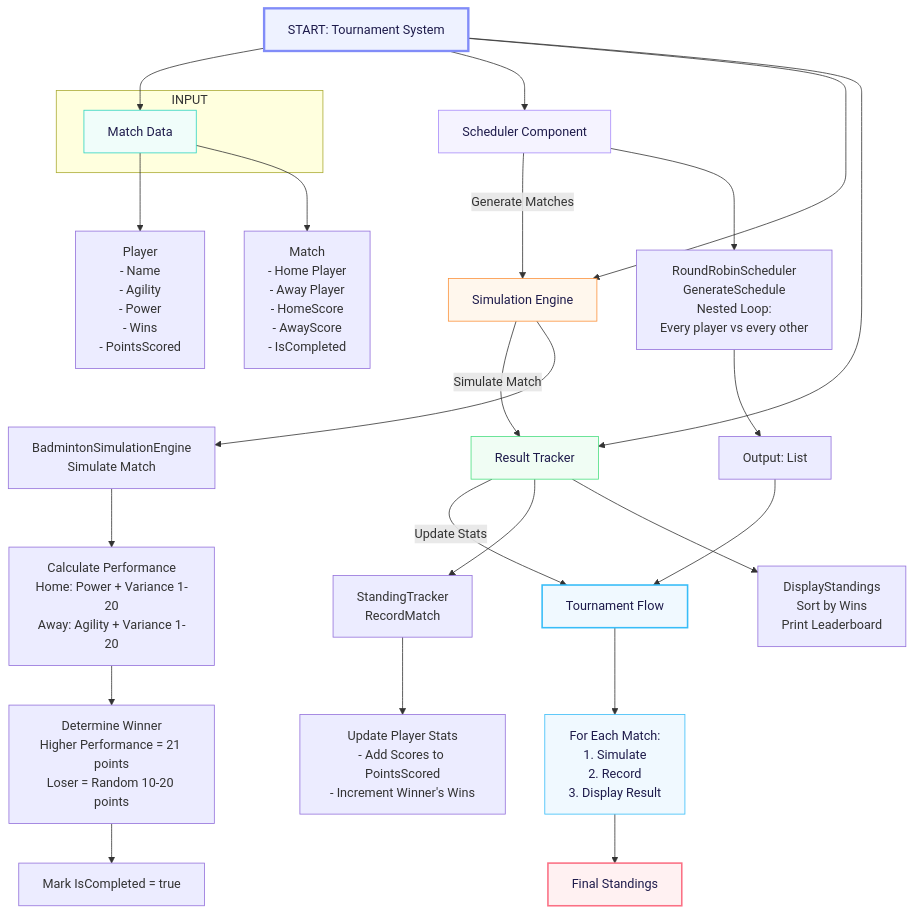
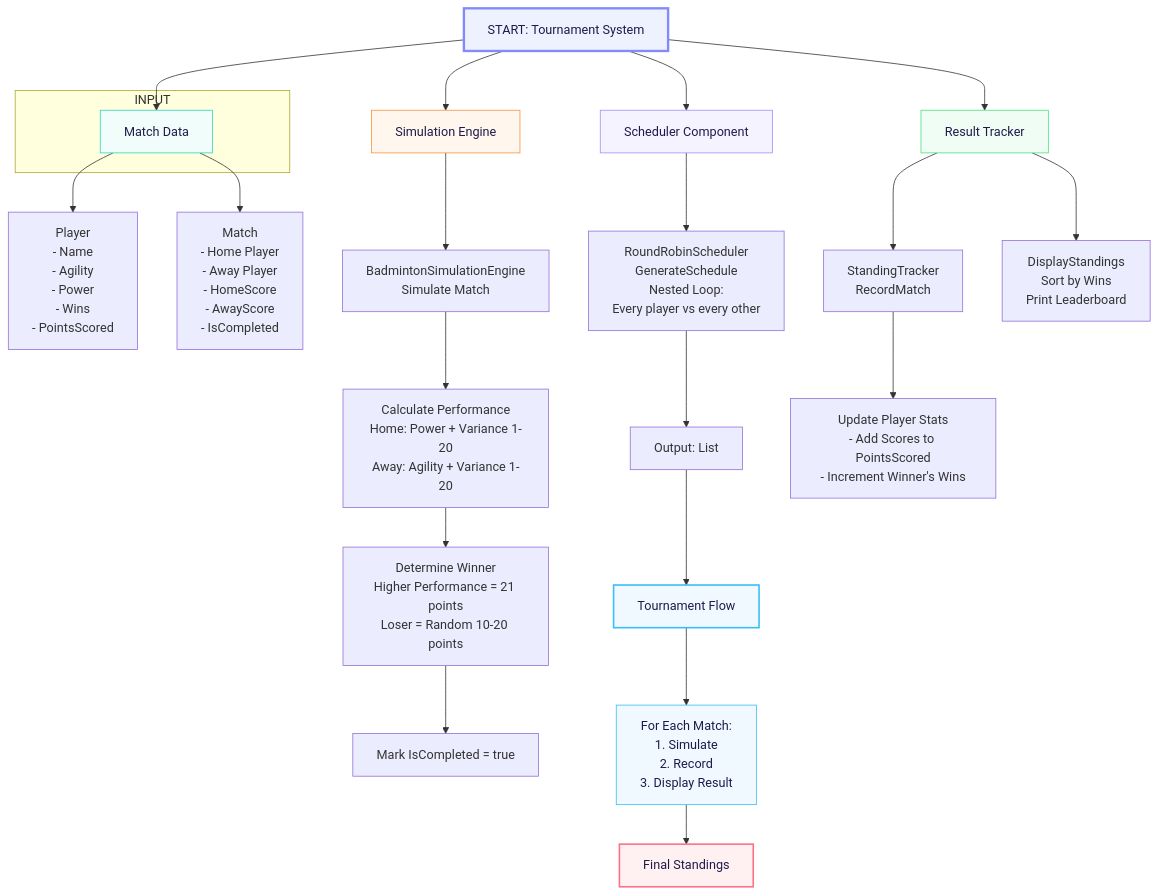
Before and after one commit to BSCpE-2-Software-Design/Badminton-Tournament-Simulator: the first of 2 diagrams in README.md, drawn with Mermaid.

````diff
--- a/README.md
+++ b/README.md
@@ -2,73 +2,70 @@
 ```mermaid
 ---
 config:
 layout: elk
 ---
 graph TD
 A["Badminton Tournament Simulator"] --> B["Domain Models"]
 A --> C["Scheduler Component"]
 A --> D["Simulation Engine"]
 A --> E["Result Tracker"]
 A[START: Tournament System]
 
 subgraph INPUT
 B[Player Data]
 B[Match Data]
 end
 B --> B1["Player
 - Name
 - Agility
 - Power
 - Wins
 - PointsScored"]
 B --> B2["Match
 - Home Player
 - Away Player
 - HomeScore
 - AwayScore
 - IsCompleted"]
 
-C--Generate Matches--> D
-D--Simulate Match--> E
-E--Update Stats--> F
 C --> C1["RoundRobinScheduler
 GenerateSchedule
 Nested Loop:
 Every player vs every other"]
 C1 --> C2["Output: List<Match>"]
 
 D --> D1["BadmintonSimulationEngine
 Simulate Match"]
 D1 --> D2["Calculate Performance
 Home: Power + Variance 1-20
 Away: Agility + Variance 1-20"]
 D2 --> D3["Determine Winner
 Higher Performance = 21 points
 Loser = Random 10-20 points"]
 D3 --> D4["Mark IsCompleted = true"]
 
 E --> E1["StandingTracker
 RecordMatch"]
 E1 --> E2["Update Player Stats
 - Add Scores to PointsScored
 - Increment Winner's Wins"]
 E --> E3["DisplayStandings
 Sort by Wins
 Print Leaderboard"]
 
 C2 --> F["Tournament Flow"]
 F --> G["For Each Match:
 1. Simulate
 2. Record
 3. Display Result"]
 G --> H["Final Standings"]
 
 style A stroke:#818cf8,fill:#eef2ff,color:#1e1b4b,stroke-width:3px
 style B stroke:#2dd4bf,fill:#f0fdfa,color:#1e1b4b
 style C stroke:#a78bfa,fill:#f5f3ff,color:#1e1b4b
 style D stroke:#fb923c,fill:#fff7ed,color:#1e1b4b
 style E stroke:#4ade80,fill:#f0fdf4,color:#1e1b4b
 style F stroke:#38bdf8,fill:#f0f9ff,color:#1e1b4b,stroke-width:2px
 style G stroke:#38bdf8,fill:#f0f9ff,color:#1e1b4b
 style H stroke:#fb7185,fill:#fff1f2,color:#1e1b4b,stroke-width:2px
 ```
````
